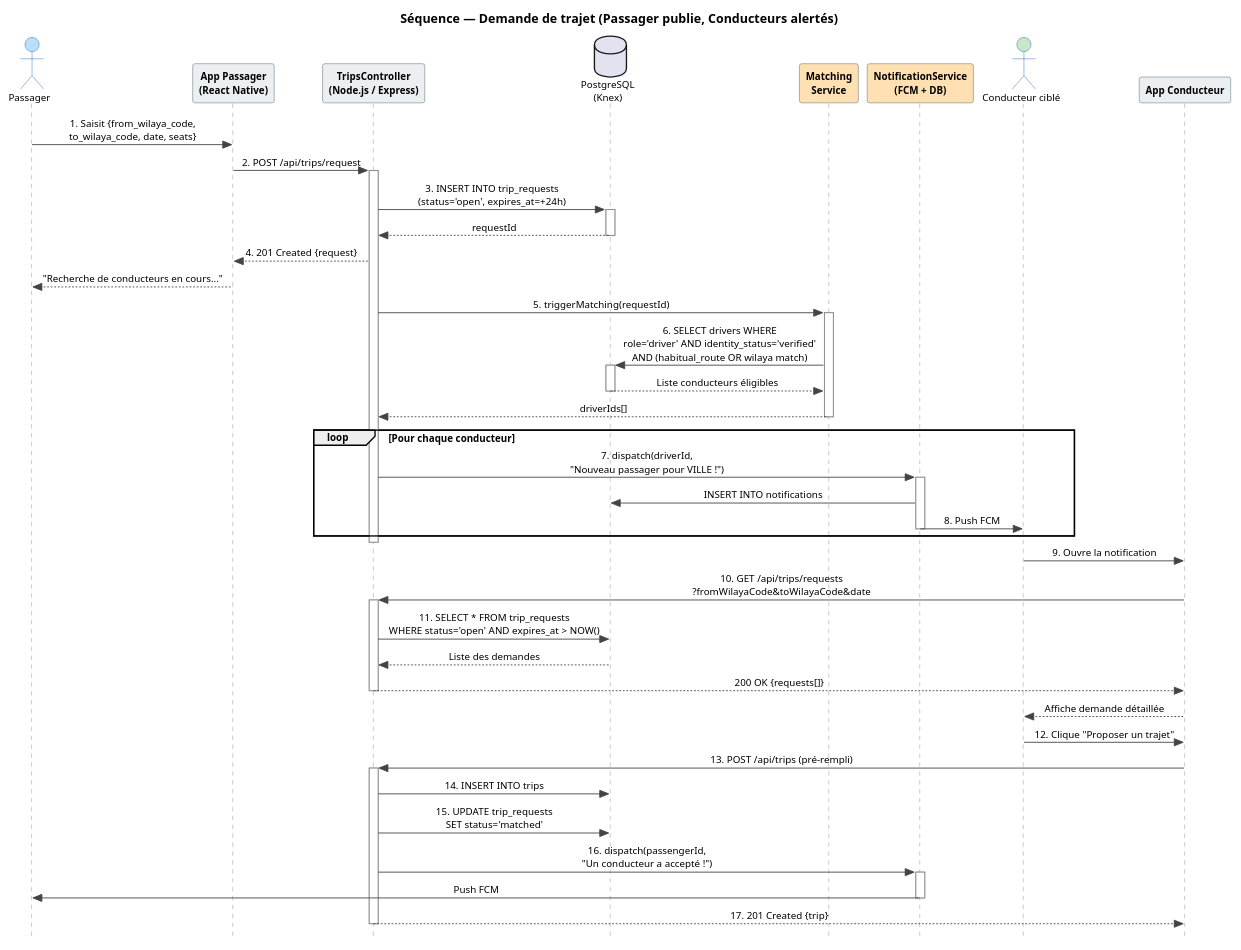
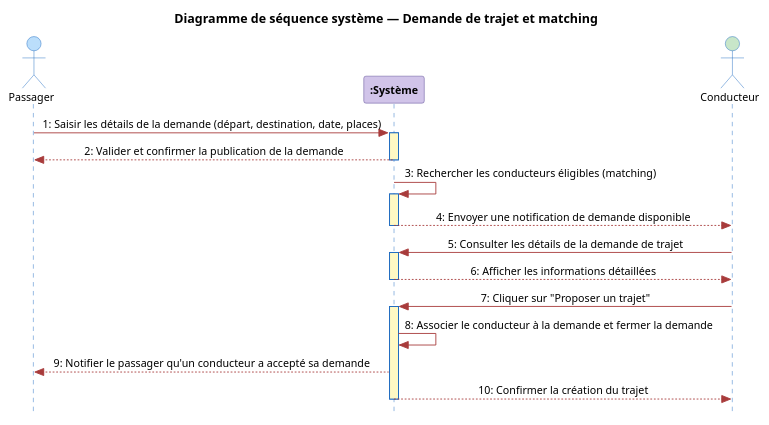
One commit to Belhormamohamed13/Memiore_RohWinBghit changed the diagram in plantuml/fig_sequence_trip_request.puml. Above: the diagram before and after it, drawn with PlantUML. The commit also changed 7 other files, not shown here.

Commit message:
refactor(dss): simplify system sequence diagrams (DSS) to high-level non-technical flows

```diff
--- a/plantuml/fig_sequence_trip_request.puml
+++ b/plantuml/fig_sequence_trip_request.puml
@@ -1,84 +1,47 @@
-@startuml
+@startuml fig_sequence_trip_request
 skinparam style strictuml
 skinparam DefaultFontName Arial
-skinparam DefaultFontSize 11
+skinparam DefaultFontSize 12
 skinparam shadowing false
 skinparam SequenceMessageAlignment center
+
 skinparam sequence {
-  ArrowColor #444444
+  ArrowColor #A83B3B
   ActorBorderColor #1565C0
-  LifeLineBorderColor #888888
-  ParticipantBorderColor #455A64
-  ParticipantBackgroundColor #ECEFF1
+  ActorBackgroundColor #BBDEFB
+  LifeLineBorderColor #1565C0
+  LifeLineBackgroundColor #FFF9C4
+  ParticipantBorderColor #4B3A8B
+  ParticipantBackgroundColor #D1C4E9
   ParticipantFontStyle bold
-  DatabaseBorderColor #F9A825
-  DatabaseBackgroundColor #FFF9C4
 }
 
-title Séquence — Demande de trajet (Passager publie, Conducteurs alertés)
+title Diagramme de séquence système — Demande de trajet et matching
 
-actor "Passager" as Pax #BBDEFB
-participant "App Passager\n(React Native)" as AppP #ECEFF1
-participant "TripsController\n(Node.js / Express)" as API #ECEFF1
-database "PostgreSQL\n(Knex)" as DB
-participant "Matching\nService" as Match #FFE0B2
-participant "NotificationService\n(FCM + DB)" as Notif #FFE0B2
-actor "Conducteur ciblé" as Drv #C8E6C9
-participant "App Conducteur" as AppD #ECEFF1
+actor "Passager" as P
+participant ":Système" as S
+actor "Conducteur" as C #C8E6C9
 
-' === 1. CRÉATION DE LA DEMANDE ===
-Pax -> AppP : 1. Saisit {from_wilaya_code,\nto_wilaya_code, date, seats}
-AppP -> API : 2. POST /api/trips/request
-activate API
+P -> S : 1: Saisir les détails de la demande (départ, destination, date, places)
+activate S
+S --> P : 2: Valider et confirmer la publication de la demande
+deactivate S
 
-API -> DB : 3. INSERT INTO trip_requests\n(status='open', expires_at=+24h)
-activate DB
-DB --> API : requestId
-deactivate DB
+S -> S : 3: Rechercher les conducteurs éligibles (matching)
+activate S
+S --> C : 4: Envoyer une notification de demande disponible
+deactivate S
 
-API --> AppP : 4. 201 Created {request}
-AppP --> Pax : "Recherche de conducteurs en cours..."
+C -> S : 5: Consulter les détails de la demande de trajet
+activate S
+S --> C : 6: Afficher les informations détaillées
+deactivate S
 
-' === 2. MATCHING (asynchrone) ===
-API -> Match : 5. triggerMatching(requestId)
-activate Match
-Match -> DB : 6. SELECT drivers WHERE\nrole='driver' AND identity_status='verified'\nAND (habitual_route OR wilaya match)
-activate DB
-DB --> Match : Liste conducteurs éligibles
-deactivate DB
-Match --> API : driverIds[]
-deactivate Match
+C -> S : 7: Cliquer sur "Proposer un trajet"
+activate S
+S -> S : 8: Associer le conducteur à la demande et fermer la demande
+S --> P : 9: Notifier le passager qu'un conducteur a accepté sa demande
+S --> C : 10: Confirmer la création du trajet
+deactivate S
 
-' === 3. DIFFUSION FCM ===
-loop Pour chaque conducteur
-  API -> Notif : 7. dispatch(driverId,\n"Nouveau passager pour VILLE !")
-  activate Notif
-  Notif -> DB : INSERT INTO notifications
-  Notif -> Drv : 8. Push FCM
-  deactivate Notif
-end
-deactivate API
-
-' === 4. ACTION CONDUCTEUR ===
-Drv -> AppD : 9. Ouvre la notification
-AppD -> API : 10. GET /api/trips/requests\n?fromWilayaCode&toWilayaCode&date
-activate API
-API -> DB : 11. SELECT * FROM trip_requests\nWHERE status='open' AND expires_at > NOW()
-DB --> API : Liste des demandes
-API --> AppD : 200 OK {requests[]}
-deactivate API
-AppD --> Drv : Affiche demande détaillée
-Drv -> AppD : 12. Clique "Proposer un trajet"
-
-' === 5. RÉSOLUTION ===
-AppD -> API : 13. POST /api/trips (pré-rempli)
-activate API
-API -> DB : 14. INSERT INTO trips
-API -> DB : 15. UPDATE trip_requests\nSET status='matched'
-API -> Notif : 16. dispatch(passengerId,\n"Un conducteur a accepté !")
-activate Notif
-Notif -> Pax : Push FCM
-deactivate Notif
-API --> AppD : 17. 201 Created {trip}
-deactivate API
 @enduml
```
